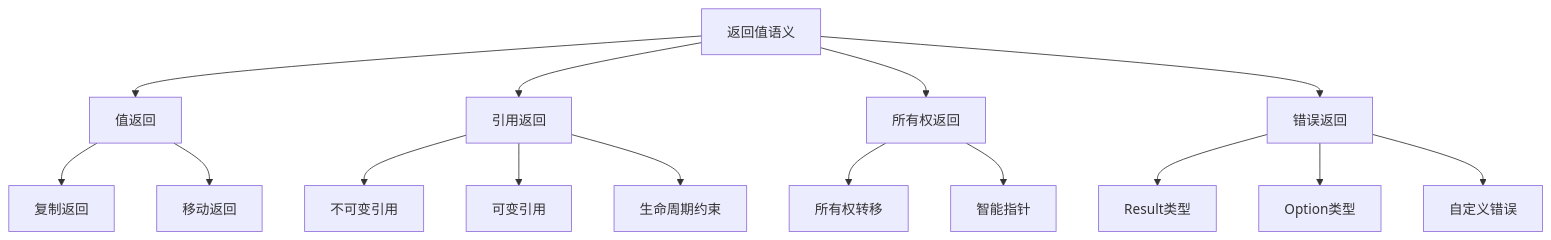
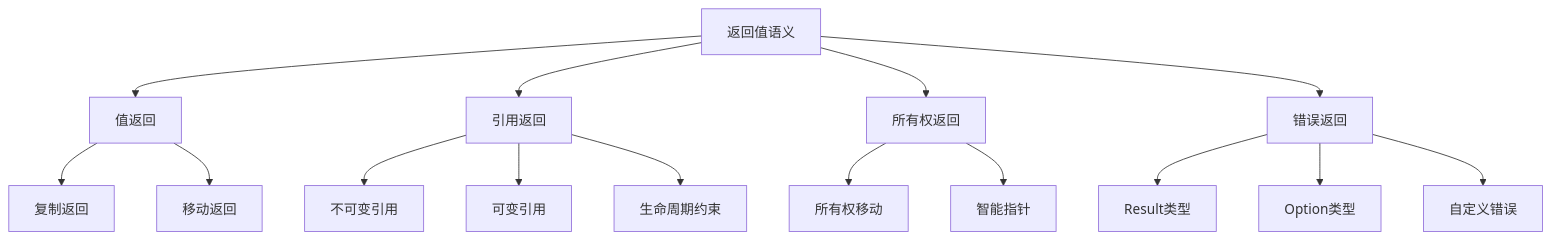
One commit to martin-ly/rust-lang changed the diagram in formal_rust/refactor/01_core_theory/02_control_semantics/02_function_call_semantics/03_return_value_semantics.md. Above: the diagram before and after it, drawn with Mermaid. The commit also changed other lines of this file and 5740 other files, not shown here.

````diff
--- a/formal_rust/refactor/01_core_theory/02_control_semantics/02_function_call_semantics/03_return_value_semantics.md
+++ b/formal_rust/refactor/01_core_theory/02_control_semantics/02_function_call_semantics/03_return_value_semantics.md
@@ -119,21 +119,21 @@
 ```mermaid
 graph TD
     A[返回值语义] --> B[值返回]
     A --> C[引用返回]
     A --> D[所有权返回]
     A --> E[错误返回]
     
     B --> B1[复制返回]
     B --> B2[移动返回]
     
     C --> C1[不可变引用]
     C --> C2[可变引用]
     C --> C3[生命周期约束]
     
-    D --> D1[所有权转移]
+    D --> D1[所有权移动]
     D --> D2[智能指针]
     
     E --> E1[Result类型]
     E --> E2[Option类型]
     E --> E3[自定义错误]
 ```
````
